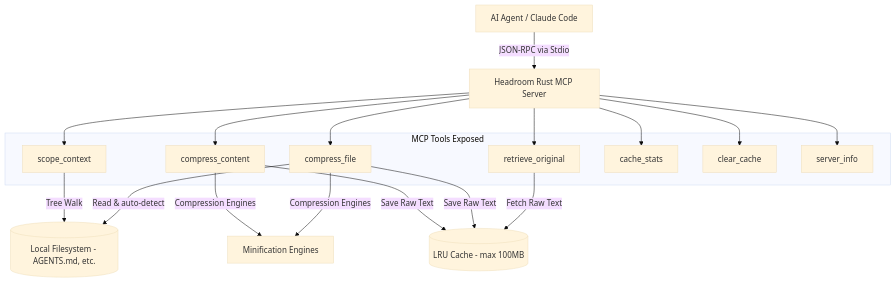
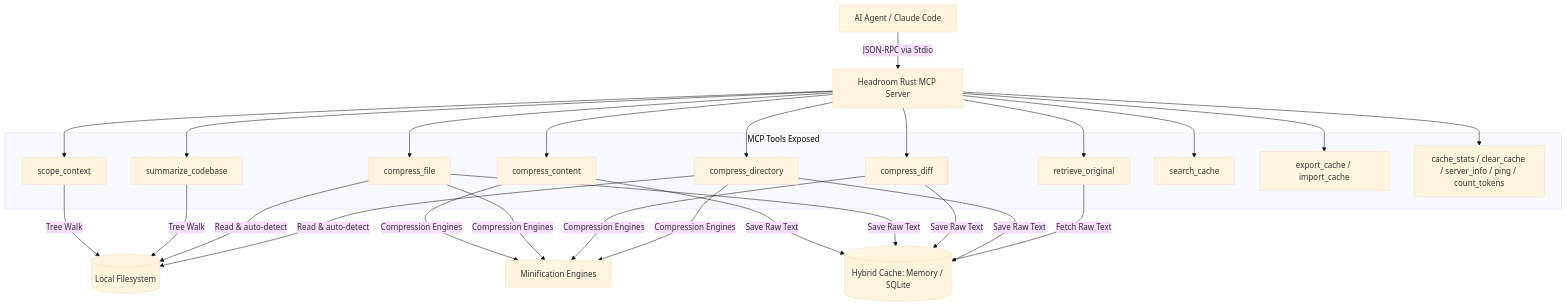
Before and after one commit to aswin402/headroom-mcp: the diagram in README.md, drawn with Mermaid (base theme). The commit also changed other lines of this file and 18 other files, not shown here.

Commit message:
feat: release v0.4.0 codebase and directory tools, metrics, split module

````diff
--- a/README.md
+++ b/README.md
@@ -40,22 +40,25 @@
 ```mermaid
 graph TD
     Agent[AI Agent / Claude Code] -->|JSON-RPC via Stdio| Server[Headroom Rust MCP Server]
     
     subgraph Tools [MCP Tools Exposed]
         T1[scope_context]
         T2[compress_content]
         T3[retrieve_original]
         T4[compress_file]
-        T5[cache_stats]
-        T6[clear_cache]
-        T7[server_info]
+        T5[compress_diff]
+        T6[compress_directory]
+        T7[summarize_codebase]
+        T8[search_cache]
+        T9[export_cache / import_cache]
+        T10[cache_stats / clear_cache / server_info / ping / count_tokens]
     end
     
-    Server --> T1 & T2 & T3 & T4 & T5 & T6 & T7
+    Server --> T1 & T2 & T3 & T4 & T5 & T6 & T7 & T8 & T9 & T10
     
-    T1 -->|Tree Walk| FS[(Local Filesystem - AGENTS.md, etc.)]
-    T4 -->|Read & auto-detect| FS
-    T2 & T4 -->|Compression Engines| Comp[Minification Engines]
-    T2 & T4 -->|Save Raw Text| Cache[(LRU Cache - max 100MB)]
+    T1 & T7 -->|Tree Walk| FS[(Local Filesystem)]
+    T4 & T6 -->|Read & auto-detect| FS
+    T2 & T4 & T5 & T6 -->|Compression Engines| Comp[Minification Engines]
+    T2 & T4 & T5 & T6 -->|Save Raw Text| Cache[(Hybrid Cache: Memory / SQLite)]
     T3 -->|Fetch Raw Text| Cache
 ```
````
